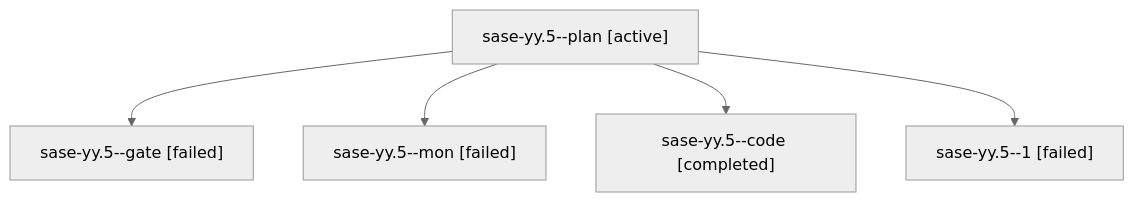
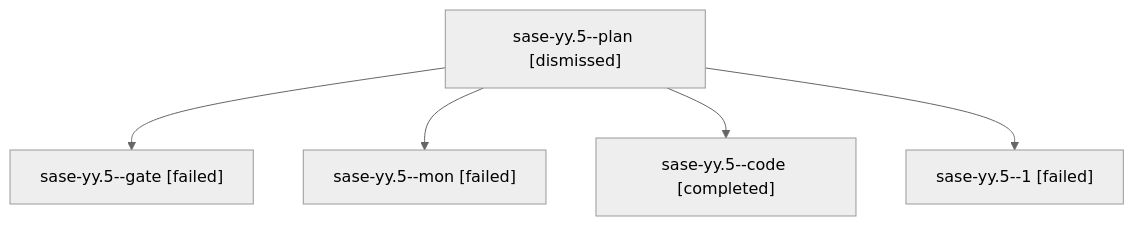
One commit to sase-org/sase--agents changed the diagram in sessions/bbugyi200.athena.sase-yy.5.md. Above: the diagram before and after it, drawn with Mermaid (neutral theme). The commit also changed other lines of this file and 208 other files, not shown here.

````diff
--- a/sessions/bbugyi200.athena.sase-yy.5.md
+++ b/sessions/bbugyi200.athena.sase-yy.5.md
@@ -9,12 +9,12 @@
 ```mermaid
 flowchart TD
-  n0["sase-yy.5--plan [active]"]
+  n0["sase-yy.5--plan [dismissed]"]
   n1["sase-yy.5--gate [failed]"]
   n0 --> n1
   n2["sase-yy.5--mon [failed]"]
   n0 --> n2
   n3["sase-yy.5--code [completed]"]
   n0 --> n3
   n4["sase-yy.5--1 [failed]"]
   n0 --> n4
 ```
````
